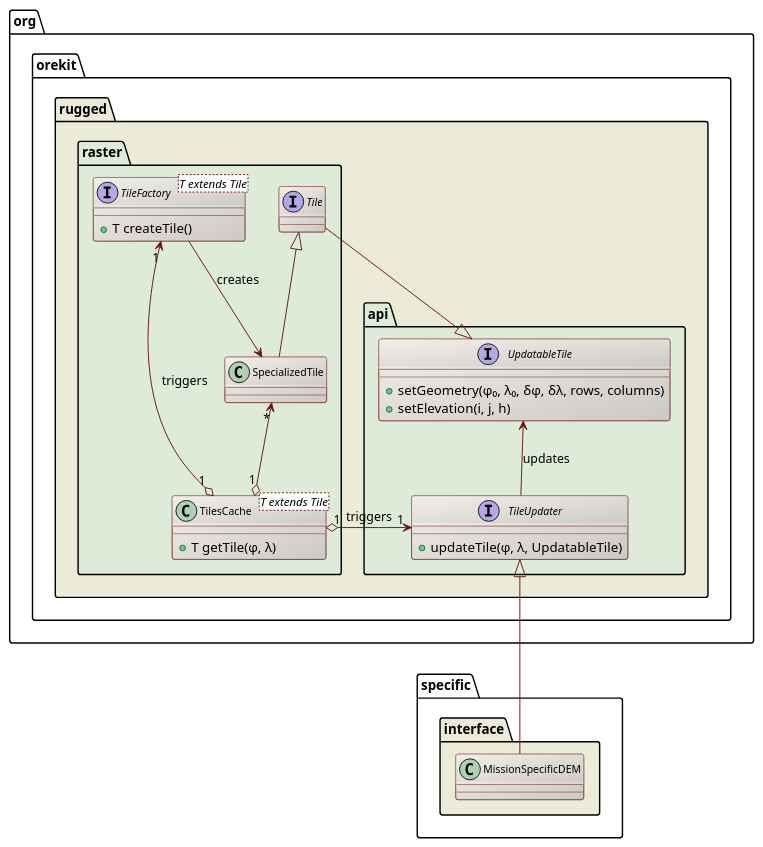
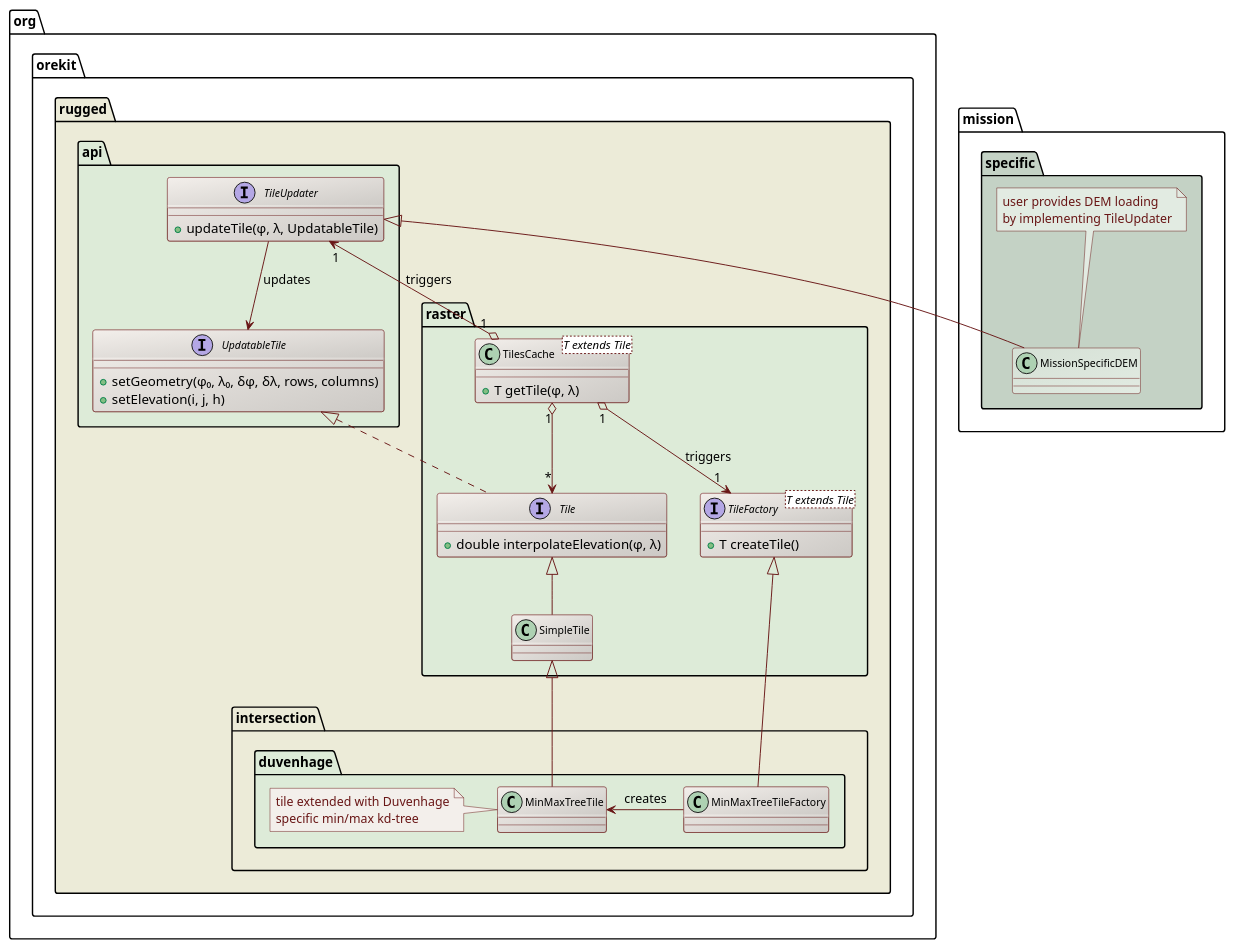
The diagram in design/dem-loading-class-diagram.puml (CS-SI/Rugged), drawn with PlantUML before and after one commit.

Commit message:
Improved tile loading class diagram.

```diff
--- a/design/dem-loading-class-diagram.puml
+++ b/design/dem-loading-class-diagram.puml
@@ -17,48 +17,63 @@
 @startuml
 
   skinparam svek                  true
   skinparam ClassBackgroundColor  #F3EFEB/CCC9C5
   skinparam ClassArrowColor       #691616
   skinparam ClassBorderColor      #691616
   skinparam NoteBackgroundColor   #F3EFEB
   skinparam NoteBorderColor       #691616
   skinparam NoteFontColor         #691616
   skinparam ClassFontSize         11
 
   package org.orekit.rugged #ECEBD8 {
 
     package api #DDEBD8 {
       interface UpdatableTile {
         +setGeometry(φ₀, λ₀, δφ, δλ, rows, columns)
         +setElevation(i, j, h)
       }
       interface TileUpdater {
         +updateTile(φ, λ, UpdatableTile)
       }
-      UpdatableTile <-- TileUpdater : updates
+      TileUpdater --> UpdatableTile : updates
     }
 
     package raster #DDEBD8 {
-     interface Tile
-     class SpecializedTile
       interface "TileFactory<T extends Tile>" as TileFactory_T_ {
         +T createTile()
       }
       class "TilesCache<T extends Tile>" as TilesCache_T_ {
         + T getTile(φ, λ)
       }
-      Tile --|> UpdatableTile
-      Tile <|-- SpecializedTile
-      SpecializedTile "*" <--o "1" TilesCache_T_
-     TileUpdater  "1" <--o "1" TilesCache_T_ : triggers
-     TileFactory_T_  "1" <--o "1" TilesCache_T_ : triggers
-     TileFactory_T_  --> SpecializedTile : creates
+      interface Tile {
+        + double interpolateElevation(φ, λ)
+      }
+      UpdatableTile <|.. Tile
+      Tile <|-- SimpleTile
+      TilesCache_T_ "1" o--> "*" Tile
+      TilesCache_T_  "1" o--> "1" TileUpdater : triggers
+      TilesCache_T_ "1" o--> "1" TileFactory_T_ : triggers
+    }
+
+    package intersection.duvenhage #DDEBD8 {
+      TileFactory_T_ <|-- MinMaxTreeTileFactory
+      SimpleTile     <|-- MinMaxTreeTile
+      MinMaxTreeTileFactory  -left-> MinMaxTreeTile : creates
+      note left
+        tile extended with Duvenhage
+        specific min/max kd-tree
+      end note
     }
 
   }
 
-  package specific.interface #ECEBD8 {
+  package mission.specific #C4D2C5 {
+    class MissionSpecificDEM #D5E0D5/E2EBE2
     TileUpdater <|-- MissionSpecificDEM
+    note top #E2EBE2
+      user provides DEM loading
+      by implementing TileUpdater
+    end note
   }
 
 @enduml
```
